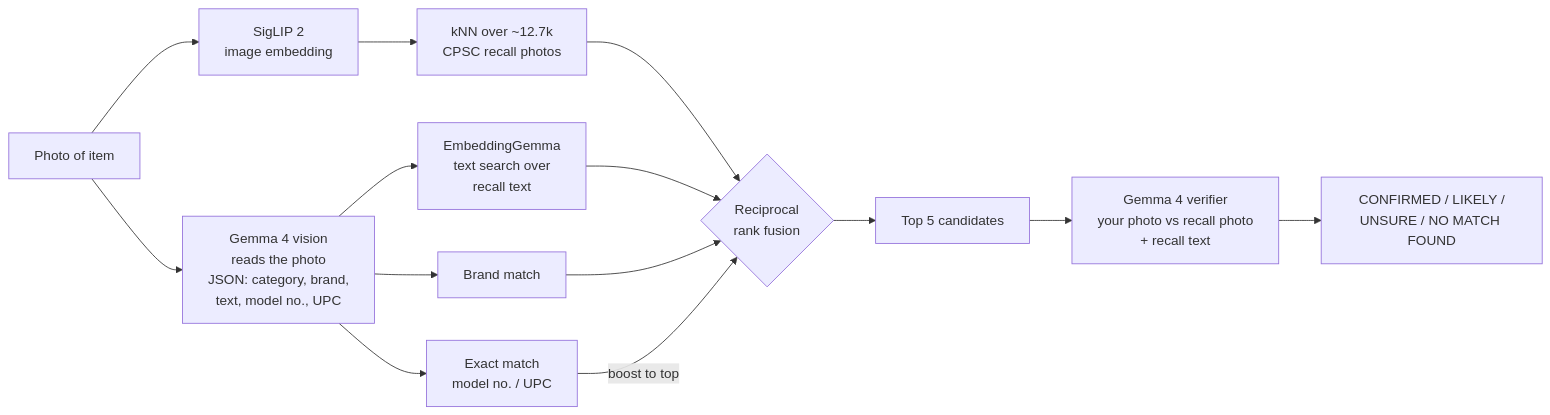
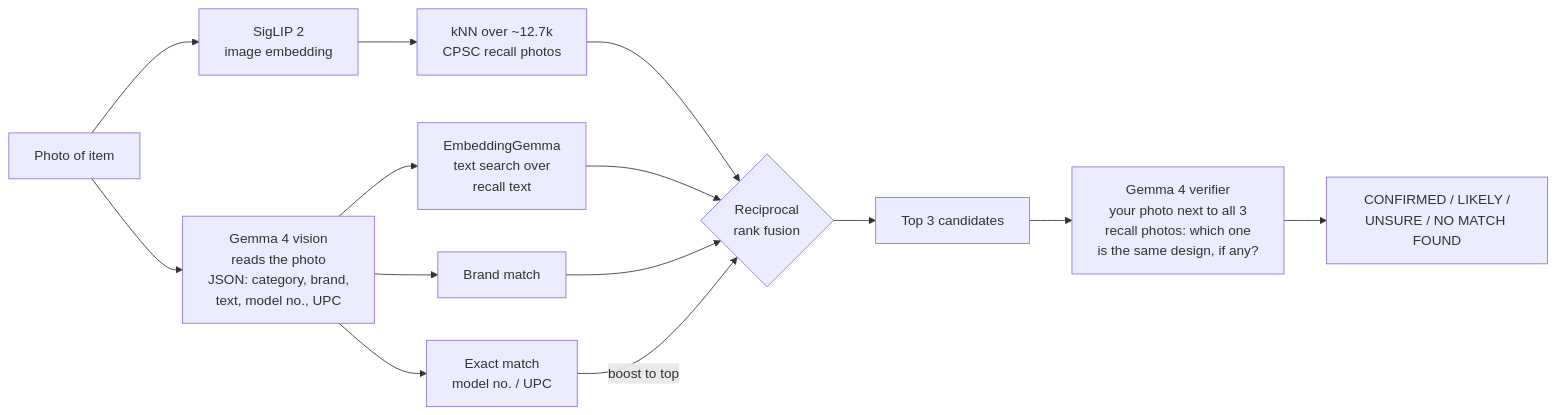
One commit to vinmay/cleartolist changed the diagram in README.md. Above: the diagram before and after it, drawn with Mermaid. The commit also changed other lines of this file, not shown here.

Commit message:
Describe the forced-choice verifier and photo-kind fusion in the README

````diff
--- a/README.md
+++ b/README.md
@@ -32,16 +32,16 @@
 ```mermaid
 flowchart LR
     P[Photo of item] --> A[SigLIP 2<br/>image embedding]
     P --> R[Gemma 4 vision<br/>reads the photo<br/>JSON: category, brand,<br/>text, model no., UPC]
     A --> K[kNN over ~12.7k<br/>CPSC recall photos]
     R --> E[Exact match<br/>model no. / UPC]
     R --> B[Brand match]
     R --> T[EmbeddingGemma<br/>text search over<br/>recall text]
     K --> F{Reciprocal<br/>rank fusion}
     T --> F
     B --> F
     E -->|boost to top| F
-    F --> C[Top 5 candidates]
-    C --> V[Gemma 4 verifier<br/>your photo vs recall photo<br/>+ recall text]
+    F --> C[Top 3 candidates]
+    C --> V[Gemma 4 verifier<br/>your photo next to all 3<br/>recall photos: which one<br/>is the same design, if any?]
     V --> D[CONFIRMED / LIKELY /<br/>UNSURE / NO MATCH FOUND]
 ```
````
